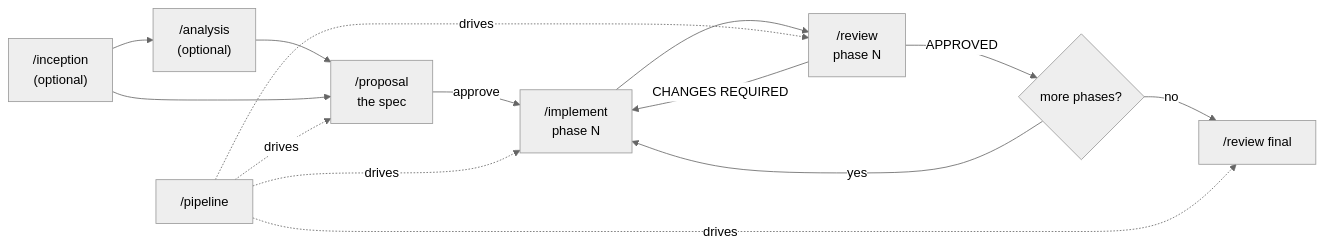
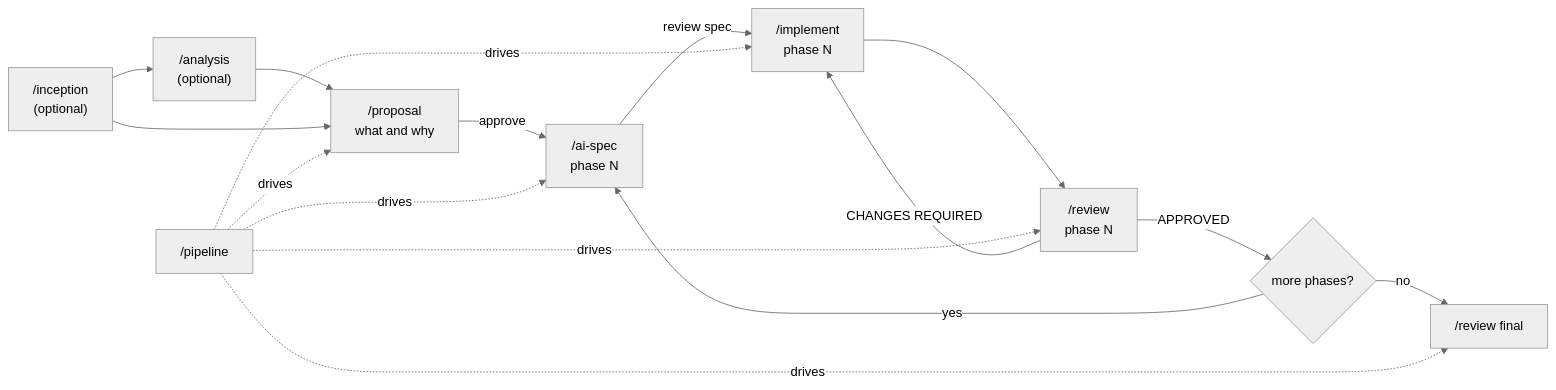
The diagram in docs/WORKFLOW.md (oscarks/spectionflow), drawn with Mermaid (neutral theme) before and after one commit. The commit also changed other lines of this file and 9 other files, not shown here.

Commit message:
Add ai-spec skill; proposal becomes roadmap, implement/review/pipeline consume AI-SPEC; docs updated

````diff
--- a/docs/WORKFLOW.md
+++ b/docs/WORKFLOW.md
@@ -6,16 +6,18 @@
 ```mermaid
 flowchart LR
     I["/inception<br/>(optional)"] --> A["/analysis<br/>(optional)"]
-    A --> P["/proposal<br/>the spec"]
+    A --> P["/proposal<br/>what and why"]
     I --> P
-    P -->|approve| M["/implement<br/>phase N"]
+    P -->|approve| S["/ai-spec<br/>phase N"]
+    S -->|review spec| M["/implement<br/>phase N"]
     M --> R["/review<br/>phase N"]
     R -->|CHANGES REQUIRED| M
     R -->|APPROVED| N{more phases?}
-    N -->|yes| M
+    N -->|yes| S
     N -->|no| F["/review final"]
     PL["/pipeline"] -.drives.-> P
+    PL -.drives.-> S
     PL -.drives.-> M
     PL -.drives.-> R
     PL -.drives.-> F
 ```
````
